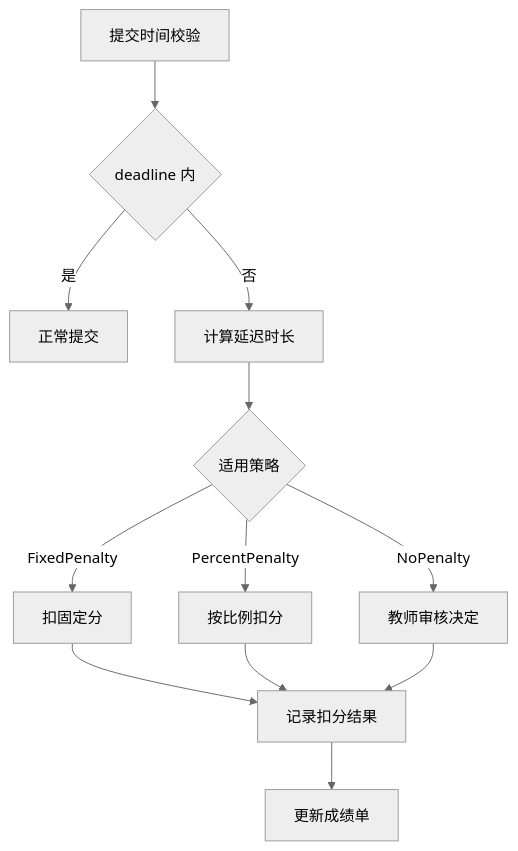
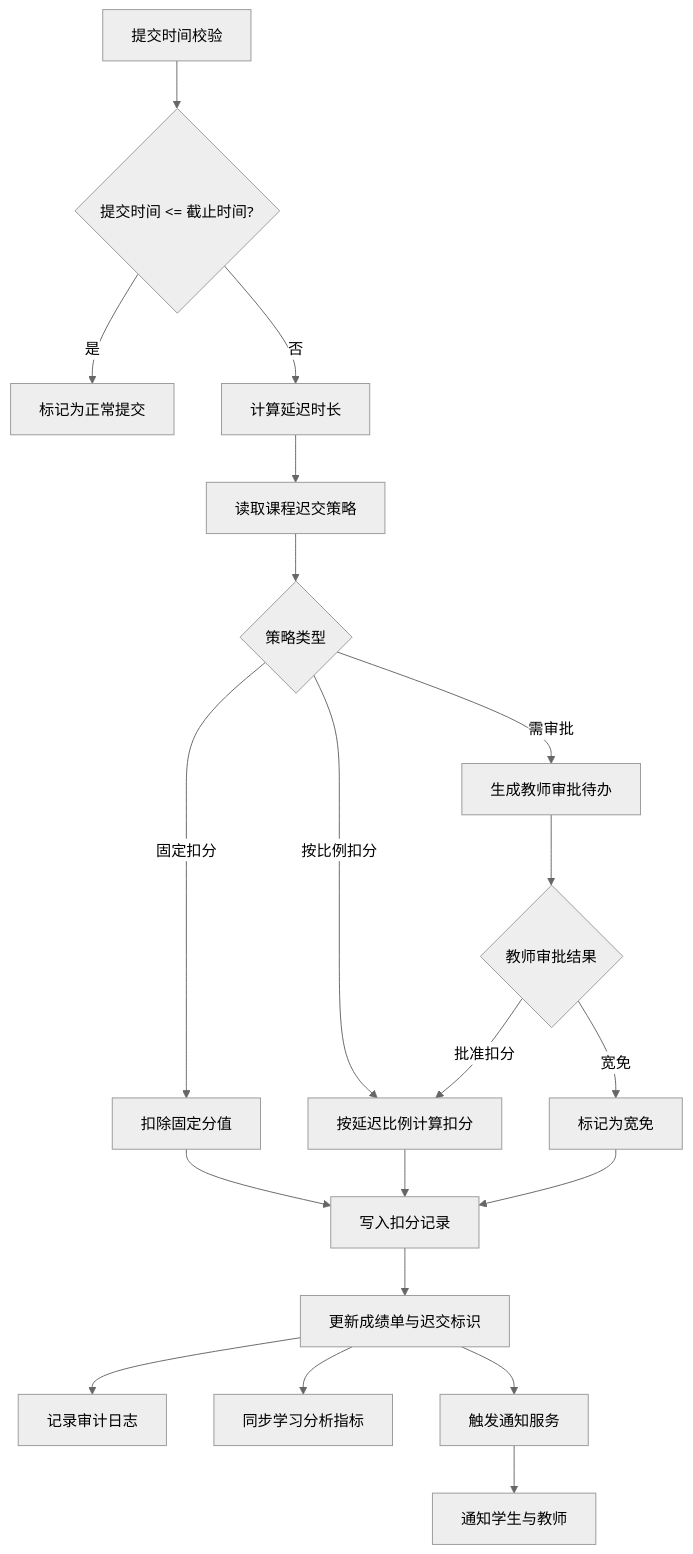
Before and after one commit to luckyJessie/douyin-game: the diagram in docs/mermaid/late_policy_flow.mmd, drawn with Mermaid (neutral theme). The commit also changed 17 other files, not shown here.

Commit message:
Refactor: Update architecture and sequence diagrams

```diff
--- a/docs/mermaid/late_policy_flow.mmd
+++ b/docs/mermaid/late_policy_flow.mmd
@@ -1,12 +1,20 @@
 flowchart TD
-    A[提交时间校验] --> B{deadline 内}
-    B -- 是 --> C[正常提交]
+    A[提交时间校验] --> B{提交时间 <= 截止时间?}
+    B -- 是 --> C[标记为正常提交]
     B -- 否 --> D[计算延迟时长]
-    D --> E{适用策略}
-    E -->|FixedPenalty| F[扣固定分]
-    E -->|PercentPenalty| G[按比例扣分]
-    E -->|NoPenalty| H[教师审核决定]
-    F --> I[记录扣分结果]
-    G --> I
-    H --> I
-    I --> J[更新成绩单]
+    D --> E[读取课程迟交策略]
+    E --> F{策略类型}
+    F -- 固定扣分 --> G[扣除固定分值]
+    F -- 按比例扣分 --> H[按延迟比例计算扣分]
+    F -- 需审批 --> I[生成教师审批待办]
+    I --> J{教师审批结果}
+    J -- 批准扣分 --> H
+    J -- 宽免 --> K[标记为宽免]
+    G --> L[写入扣分记录]
+    H --> L
+    K --> L
+    L --> M[更新成绩单与迟交标识]
+    M --> N[记录审计日志]
+    M --> O[同步学习分析指标]
+    M --> P[触发通知服务]
+    P --> Q[通知学生与教师]
```
